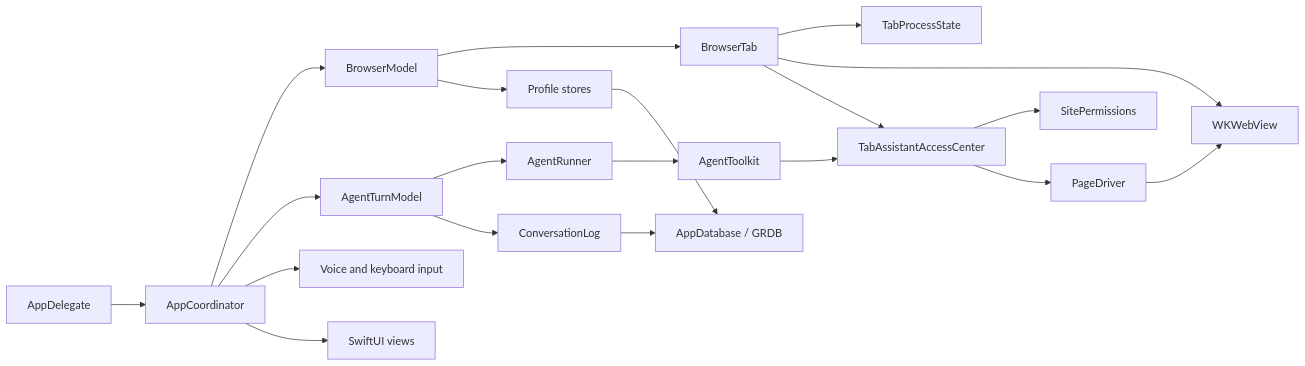
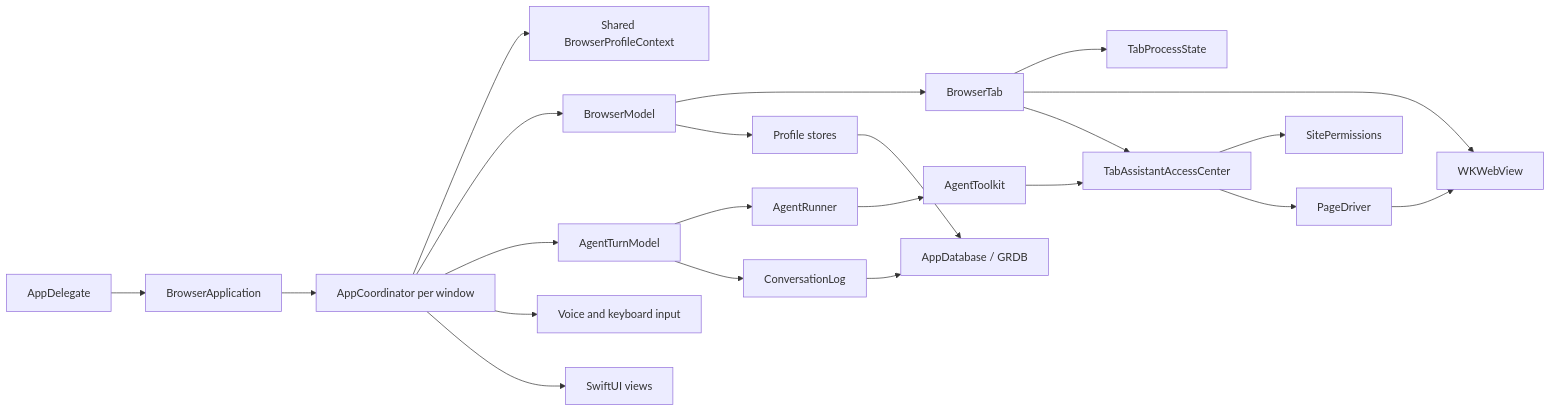
One commit to kavoye/linen-browser changed the diagram in ARCHITECTURE.md. Above: the diagram before and after it, drawn with Mermaid. The commit also changed other lines of this file and 124 other files, not shown here.

First line of the commit message:
feat(windows): Add profile-aware browser windows

````diff
--- a/ARCHITECTURE.md
+++ b/ARCHITECTURE.md
@@ -8,22 +8,24 @@
 ```mermaid
 flowchart LR
-    App["AppDelegate"] --> Coordinator["AppCoordinator"]
+    App["AppDelegate"] --> Application["BrowserApplication"]
+    Application --> Coordinator["AppCoordinator per window"]
+    Coordinator --> Profile["Shared BrowserProfileContext"]
     Coordinator --> Browser["BrowserModel"]
     Coordinator --> Turns["AgentTurnModel"]
     Turns --> Agent["AgentRunner"]
     Coordinator --> Input["Voice and keyboard input"]
     Browser --> Tabs["BrowserTab"]
     Tabs --> Process["TabProcessState"]
     Tabs --> WebKit["WKWebView"]
     Agent --> Toolkit["AgentToolkit"]
     Tabs --> Access["TabAssistantAccessCenter"]
     Access --> Permissions["SitePermissions"]
     Toolkit --> Access
     Access --> Driver["PageDriver"]
     Driver --> WebKit
     Browser --> Stores["Profile stores"]
     Turns --> Log["ConversationLog"]
     Stores --> Database["AppDatabase / GRDB"]
     Log --> Database
     Coordinator --> Views["SwiftUI views"]
 ```
````
